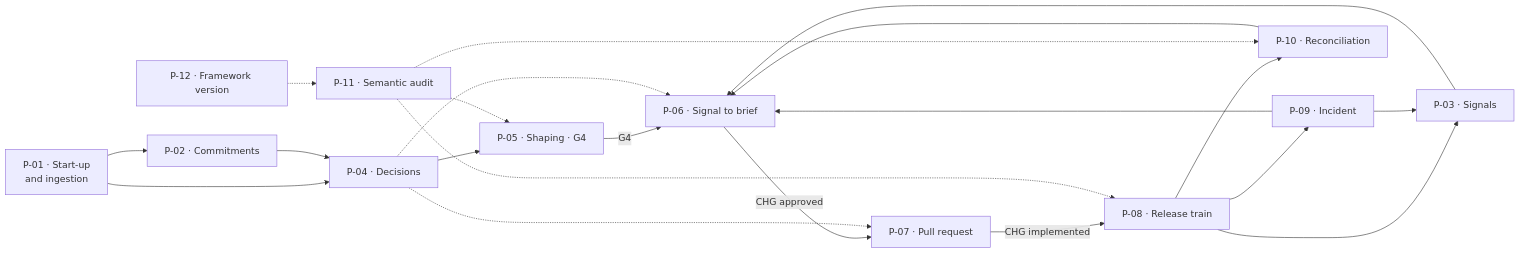
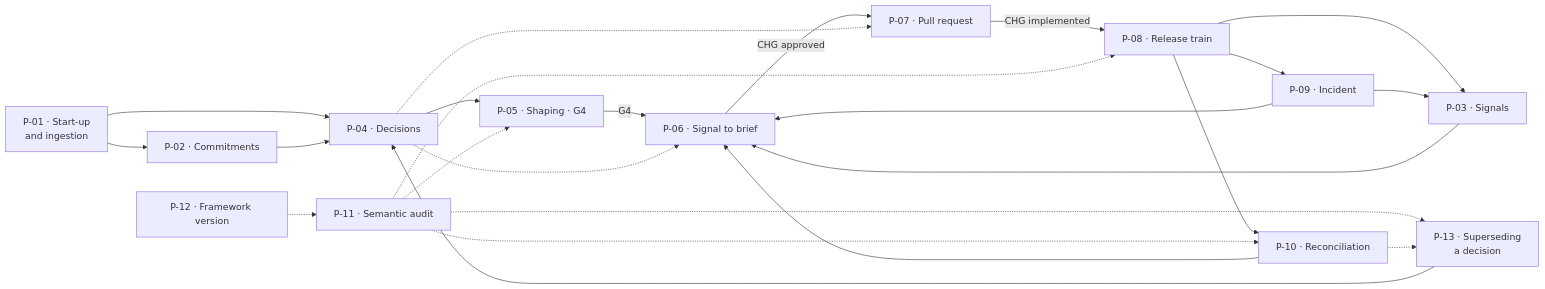
The first of 22 diagrams in PROCESSES.md (gqkd/framework-data-ai), drawn with Mermaid before and after one commit. The commit also changed other lines of this file, not shown here.

````diff
--- a/PROCESSES.md
+++ b/PROCESSES.md
@@ -64,36 +65,40 @@
 ```mermaid
 flowchart LR
   P01["P-01 · Start-up<br/>and ingestion"]
   P02["P-02 · Commitments"]
   P03["P-03 · Signals"]
   P04["P-04 · Decisions"]
   P05["P-05 · Shaping · G4"]
   P06["P-06 · Signal to brief"]
   P07["P-07 · Pull request"]
   P08["P-08 · Release train"]
   P09["P-09 · Incident"]
   P10["P-10 · Reconciliation"]
   P11["P-11 · Semantic audit"]
   P12["P-12 · Framework version"]
+  P13["P-13 · Superseding<br/>a decision"]
 
   P01 --> P04
   P01 --> P02
   P02 --> P04
   P03 --> P06
   P04 --> P05
   P05 -->|"G4"| P06
   P06 -->|"CHG approved"| P07
   P07 -->|"CHG implemented"| P08
   P08 --> P03
   P08 --> P09
   P09 --> P03
   P09 --> P06
   P10 --> P06
   P08 --> P10
+  P11 -.-> P13
+  P10 -.-> P13
+  P13 --> P04
   P04 -.-> P06
   P04 -.-> P07
   P11 -.-> P05
   P11 -.-> P08
   P11 -.-> P10
   P12 -.-> P11
 ```
````
